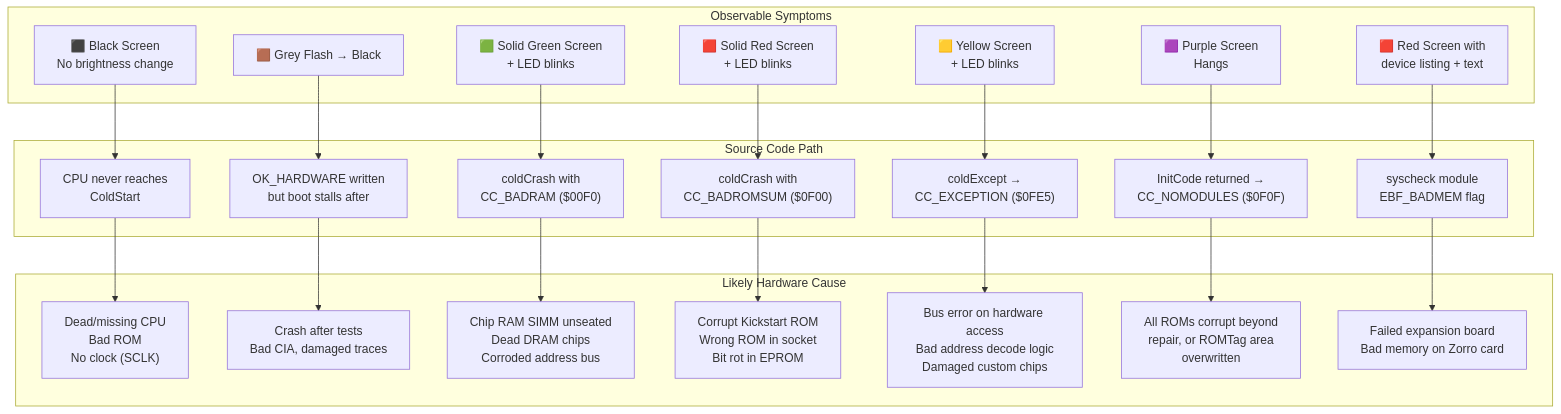
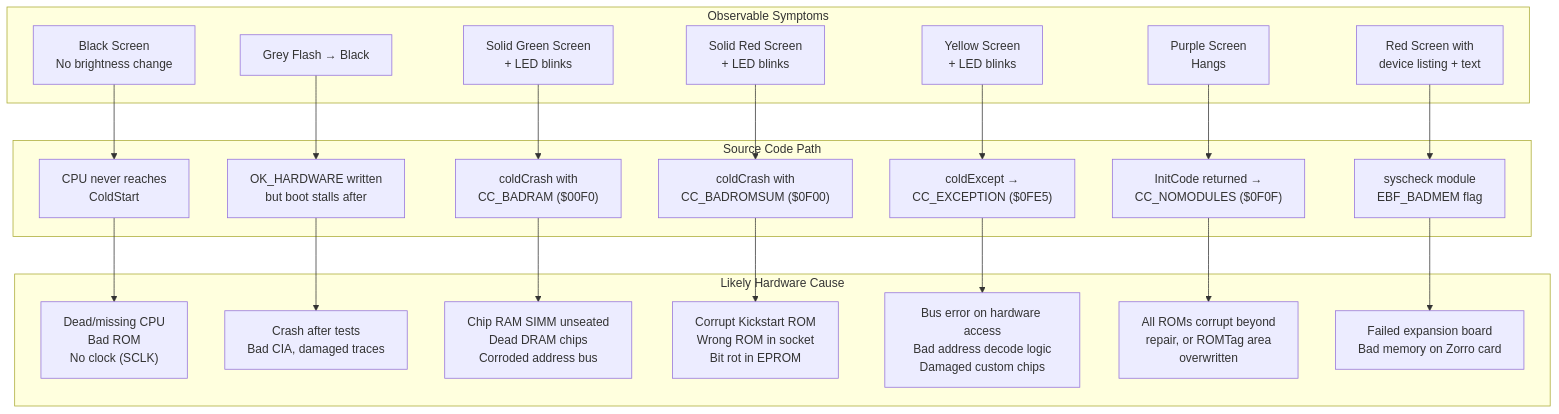
One commit to alfishe/amiga-bootcamp changed the eighth of 8 diagrams in 02_boot_sequence/kickstart-boot-diagnostics.md. Above: the diagram before and after it, drawn with Mermaid. The commit also changed other lines of this file, not shown here.

````diff
--- a/02_boot_sequence/kickstart-boot-diagnostics.md
+++ b/02_boot_sequence/kickstart-boot-diagnostics.md
@@ -541,40 +564,40 @@
 ```mermaid
 flowchart TD
     subgraph "Observable Symptoms"
-        BLACK["⬛ Black Screen<br/>No brightness change"]
-        GREY["🟫 Grey Flash → Black"]
-        GREEN["🟩 Solid Green Screen<br/>+ LED blinks"]
-        RED["🟥 Solid Red Screen<br/>+ LED blinks"]
-        YELLOW["🟨 Yellow Screen<br/>+ LED blinks"]
-        PURPLE["🟪 Purple Screen<br/>Hangs"]
-        REDSYS["🟥 Red Screen with<br/>device listing + text"]
+        BLACK["Black Screen<br/>No brightness change"]
+        GREY["Grey Flash → Black"]
+        GREEN["Solid Green Screen<br/>+ LED blinks"]
+        RED["Solid Red Screen<br/>+ LED blinks"]
+        YELLOW["Yellow Screen<br/>+ LED blinks"]
+        PURPLE["Purple Screen<br/>Hangs"]
+        REDSYS["Red Screen with<br/>device listing + text"]
     end
 
     subgraph "Source Code Path"
         S_NONE["CPU never reaches<br/>ColdStart"]
         S_GREY["OK_HARDWARE written<br/>but boot stalls after"]
         S_GREEN["coldCrash with<br/>CC_BADRAM ($00F0)"]
         S_RED["coldCrash with<br/>CC_BADROMSUM ($0F00)"]
         S_YELLOW["coldExcept →<br/>CC_EXCEPTION ($0FE5)"]
         S_PURPLE["InitCode returned →<br/>CC_NOMODULES ($0F0F)"]
         S_SYSCHECK["syscheck module<br/>EBF_BADMEM flag"]
     end
 
     subgraph "Likely Hardware Cause"
         H_CPU["Dead/missing CPU<br/>Bad ROM<br/>No clock (SCLK)"]
         H_POST["Crash after tests<br/>Bad CIA, damaged traces"]
         H_CHIPRAM["Chip RAM SIMM unseated<br/>Dead DRAM chips<br/>Corroded address bus"]
         H_ROM["Corrupt Kickstart ROM<br/>Wrong ROM in socket<br/>Bit rot in EPROM"]
         H_EXCEPT["Bus error on hardware access<br/>Bad address decode logic<br/>Damaged custom chips"]
         H_MODULE["All ROMs corrupt beyond<br/>repair, or ROMTag area<br/>overwritten"]
         H_EXPAND["Failed expansion board<br/>Bad memory on Zorro card"]
     end
 
     BLACK --> S_NONE --> H_CPU
     GREY --> S_GREY --> H_POST
     GREEN --> S_GREEN --> H_CHIPRAM
     RED --> S_RED --> H_ROM
     YELLOW --> S_YELLOW --> H_EXCEPT
     PURPLE --> S_PURPLE --> H_MODULE
     REDSYS --> S_SYSCHECK --> H_EXPAND
 ```
````
